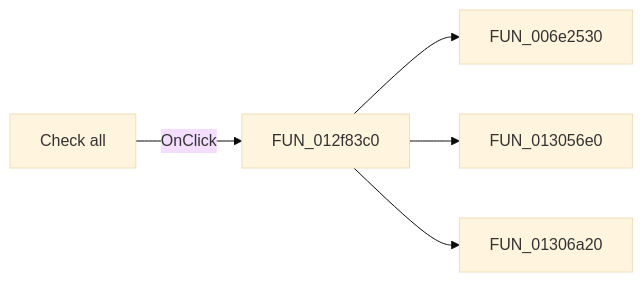
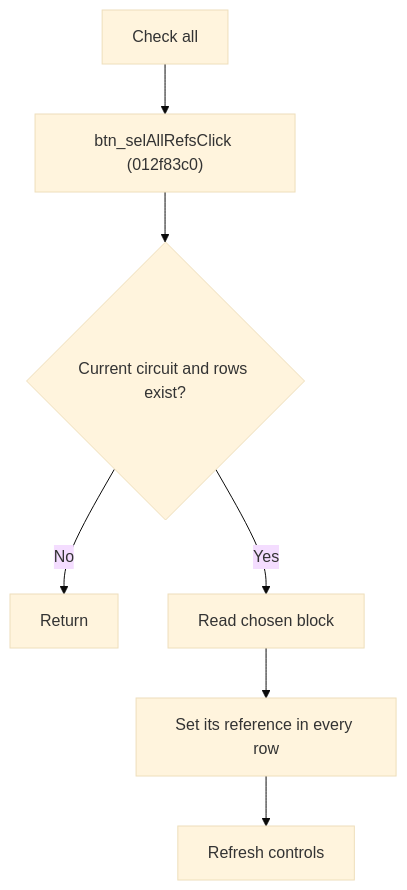
One commit to MovGP0/TIARA changed the diagram in docs/ui-controls/frmmodeltestbencheditor/btn-selallrefs-f38fd1c967.md. Above: the diagram before and after it, drawn with Mermaid (base theme). The commit also changed other lines of this file and 387 other files, not shown here.

````diff
--- a/docs/ui-controls/frmmodeltestbencheditor/btn-selallrefs-f38fd1c967.md
+++ b/docs/ui-controls/frmmodeltestbencheditor/btn-selallrefs-f38fd1c967.md
@@ -27,7 +29,9 @@
 ```mermaid
-flowchart LR
-    control["Check all"] -->|OnClick| handler["FUN_012f83c0"]
-    handler --> call1["FUN_006e2530"]
-    handler --> call2["FUN_013056e0"]
-    handler --> call3["FUN_01306a20"]
+flowchart TD
+    control["Check all"] --> handler["btn_selAllRefsClick (012f83c0)"]
+    handler --> valid{"Current circuit and rows exist?"}
+    valid -->|No| stop["Return"]
+    valid -->|Yes| block["Read chosen block"]
+    block --> set["Set its reference in every row"]
+    set --> refresh["Refresh controls"]
 ```
````
